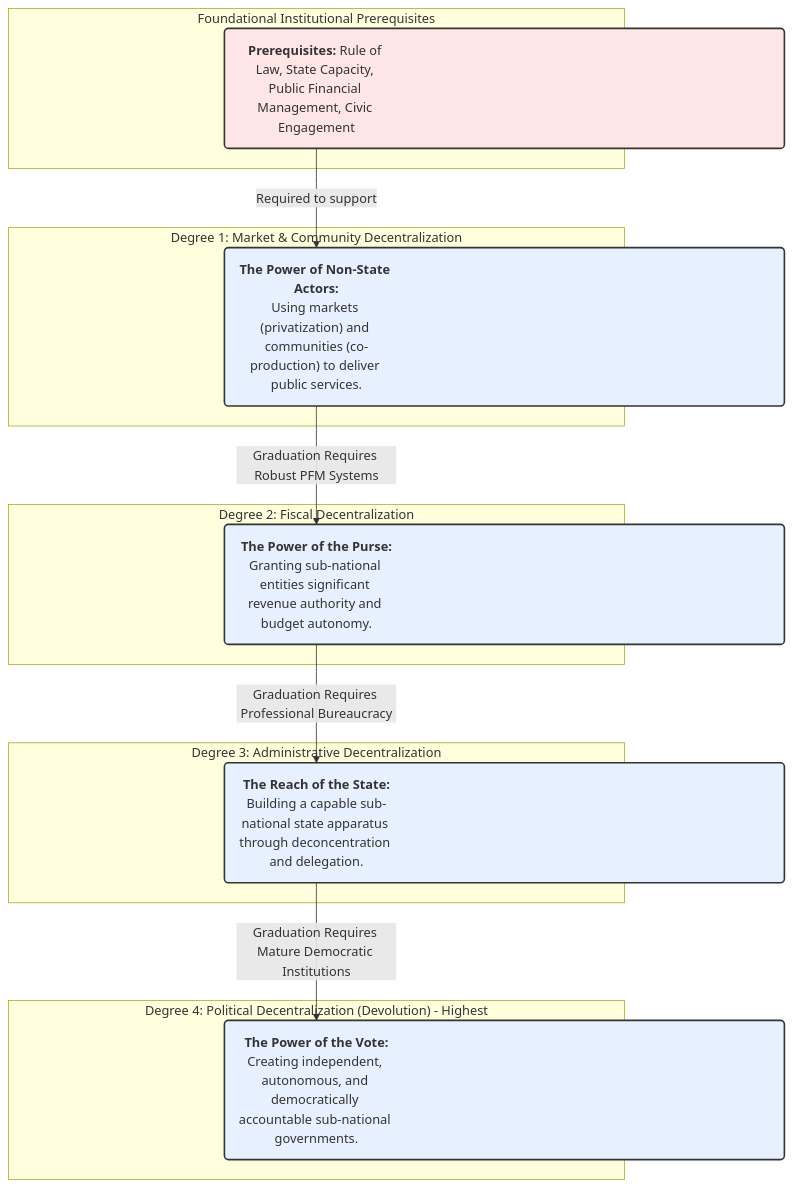
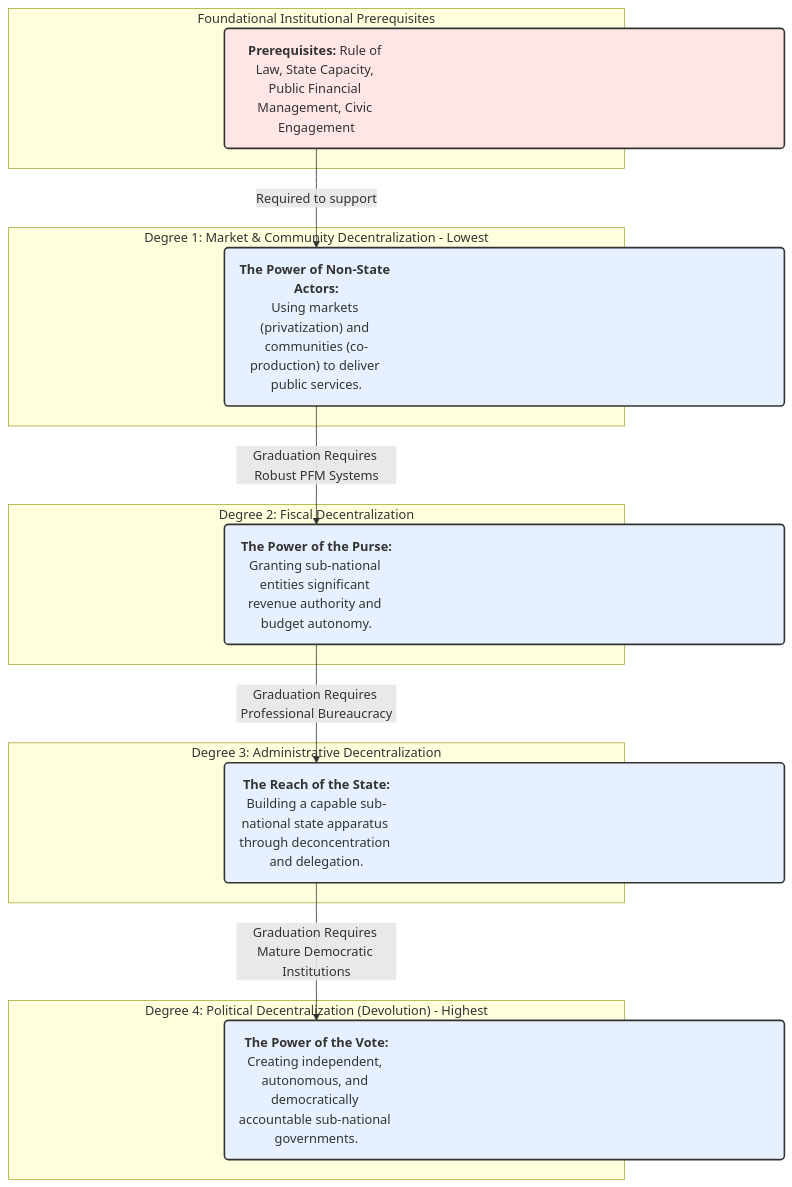
One commit to Aboutorabi/2.1.md changed the diagram in 2.1.md. Above: the diagram before and after it, drawn with Mermaid.

````diff
--- a/2.1.md
+++ b/2.1.md
@@ -1,42 +1,46 @@
 ```mermaid
-%%{init: {'themeCSS': '.subgraph-label { white-space: nowrap; text-align: center; } .label foreignObject span { white-space: nowrap; text-align: center; }'}}%%
+%%{init: {'themeCSS': '.label foreignObject span { white-space: nowrap; text-align: center; }'}}%%
 graph TD
     %% Degree 4
     subgraph "Degree 4: Political Decentralization (Devolution) - Highest"
         D4("<b>The Power of the Vote:</b><br>Creating independent, autonomous, and democratically accountable sub-national governments.")
     end
     
     %% Degree 3
     subgraph "Degree 3: Administrative Decentralization"
         D3("<b>The Reach of the State:</b><br>Building a capable sub-national state apparatus through deconcentration and delegation.")
     end
 
     %% Degree 2
     subgraph "Degree 2: Fiscal Decentralization"
         D2("<b>The Power of the Purse:</b><br>Granting sub-national entities significant revenue authority and budget autonomy.")
     end
 
     %% Degree 1
-    subgraph "Degree 1: Market & Community Decentralization"
+    subgraph "Degree 1: Market & Community Decentralization - Lowest"
         D1("<b>The Power of Non-State Actors:</b><br>Using markets (privatization) and communities (co-production) to deliver public services.")
     end
     
     %% Prerequisites
     subgraph "Foundational Institutional Prerequisites"
         F("<b>Prerequisites:</b> Rule of Law, State Capacity, Public Financial Management, Civic Engagement")
     end
 
     %% Arrows
     F -->|Required to support| D1
     D1 -->|Graduation Requires Robust PFM Systems| D2
     D2 -->|Graduation Requires Professional Bureaucracy| D3
     D3 -->|Graduation Requires Mature Democratic Institutions| D4
 
     %% Styling (uniform widths, centered alignment)
     style F  fill:#ffe6e6,stroke:#333,stroke-width:2px,width:700px
     style D1 fill:#e6f0ff,stroke:#333,stroke-width:2px,width:700px
     style D2 fill:#e6f0ff,stroke:#333,stroke-width:2px,width:700px
     style D3 fill:#e6f0ff,stroke:#333,stroke-width:2px,width:700px
     style D4 fill:#e6f0ff,stroke:#333,stroke-width:2px,width:700px
 
+    %% Ensure subgraphs are centered
+    classDef centerBox text-align:center;
+    class F,D1,D2,D3,D4 centerBox;
+
 ```
````
